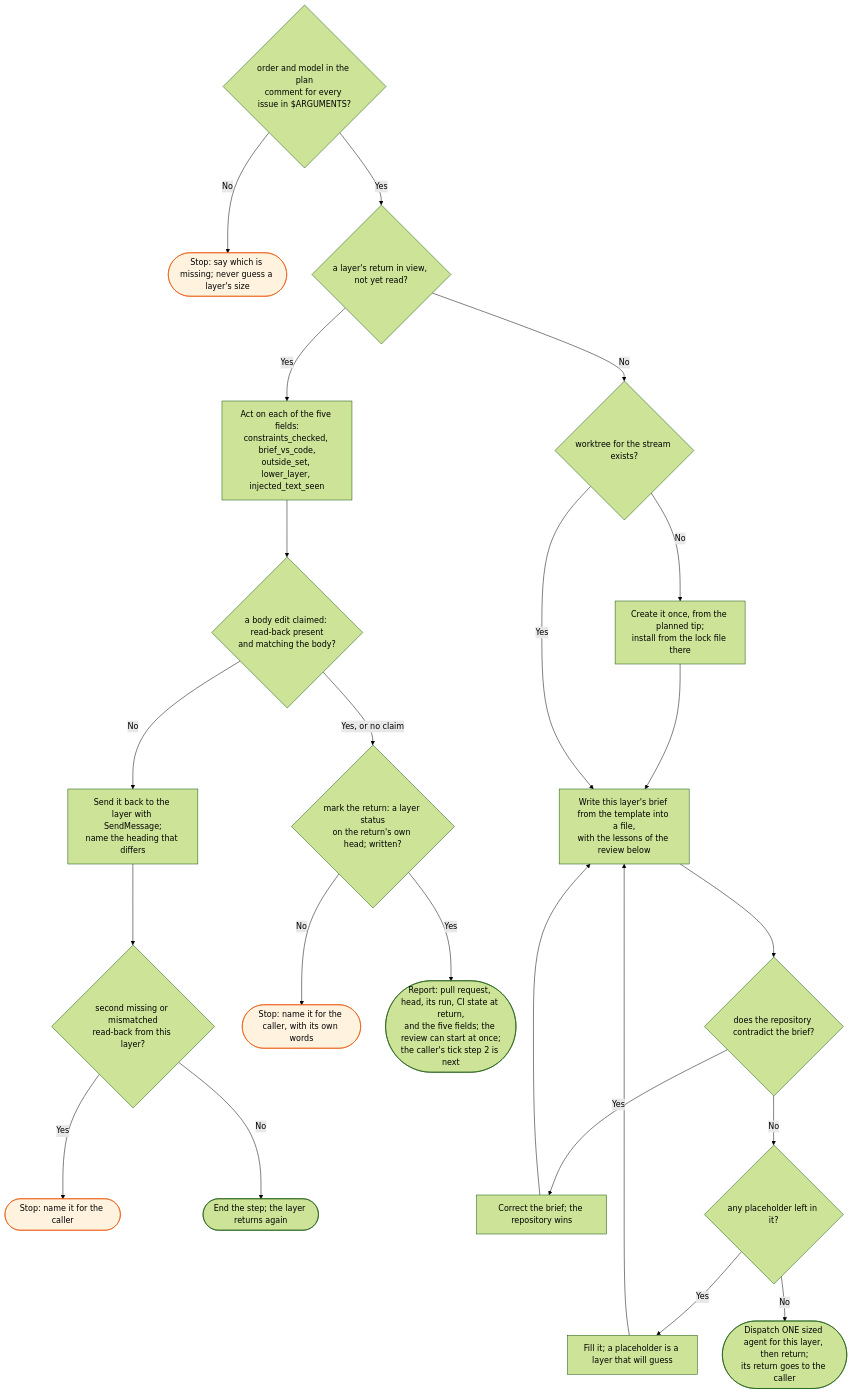
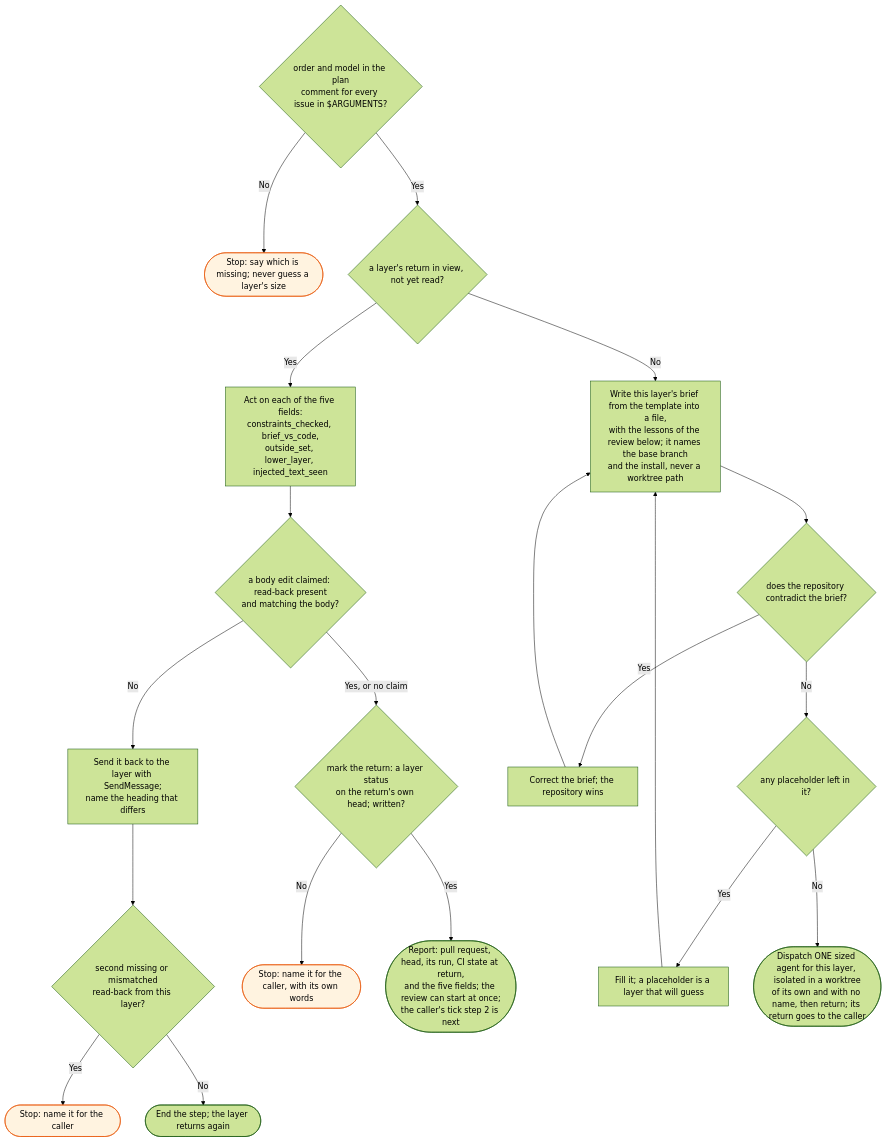
One commit to bje-settings/claude changed the diagram in docs/flows/workstreams/stream/_skill-flow.md. Above: the diagram before and after it, drawn with Mermaid (forest theme). The commit also changed other lines of this file and 22 other files, not shown here.

First line of the commit message:
refactor(workstreams): run each layer and review agent in an isolated worktree (#520)

````diff
--- a/docs/flows/workstreams/stream/_skill-flow.md
+++ b/docs/flows/workstreams/stream/_skill-flow.md
@@ -15,26 +15,24 @@
 ```mermaid
 flowchart TD
     C{order and model in the plan<br/>comment for every issue in $ARGUMENTS?}
     C -->|No| C1([Stop: say which is missing; never guess a layer's size]):::stop
     C -->|Yes| R{a layer's return in view, not yet read?}
 
     R -->|Yes| S[Act on each of the five fields:<br/>constraints_checked, brief_vs_code,<br/>outside_set, lower_layer, injected_text_seen]
     S --> S0{a body edit claimed: read-back present<br/>and matching the body?}
     S0 -->|No| S2[Send it back to the layer with SendMessage;<br/>name the heading that differs] --> S3{second missing or mismatched<br/>read-back from this layer?}
     S3 -->|Yes| S4([Stop: name it for the caller]):::stop
     S3 -->|No| X1([End the step; the layer returns again])
     S0 -->|Yes, or no claim| SM{mark the return: a layer status<br/>on the return's own head; written?}
     SM -->|No| SM1([Stop: name it for the caller, with its own words]):::stop
     SM -->|Yes| S1([Report: pull request, head, its run, CI state at return,<br/>and the five fields; the review can start at once;<br/>the caller's tick step 2 is next])
 
-    R -->|No| D{worktree for the stream exists?}
-    D -->|No| D1[Create it once, from the planned tip;<br/>install from the lock file there] --> E
-    D -->|Yes| E[Write this layer's brief from the template into a file,<br/>with the lessons of the review below]
+    R -->|No| E[Write this layer's brief from the template into a file,<br/>with the lessons of the review below; it names the base branch<br/>and the install, never a worktree path]
     E --> F{does the repository contradict the brief?}
     F -->|Yes| F1[Correct the brief; the repository wins] --> E
     F -->|No| G{any placeholder left in it?}
     G -->|Yes| G1[Fill it; a placeholder is a layer that will guess] --> E
-    G -->|No| H([Dispatch ONE sized agent for this layer, then return;<br/>its return goes to the caller])
+    G -->|No| H([Dispatch ONE sized agent for this layer, isolated in a worktree<br/>of its own and with no name, then return; its return goes to the caller])
 
     classDef stop fill:#fff3e0,stroke:#e65100,color:#000
 ```
````
